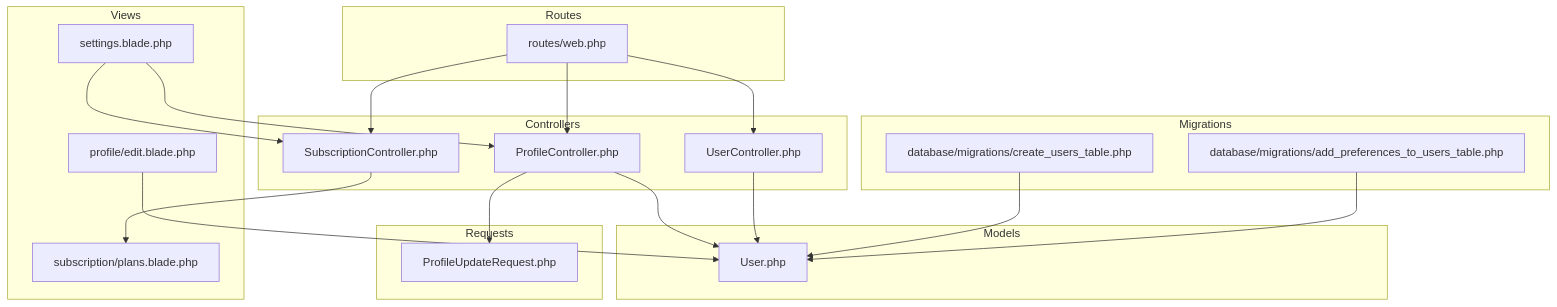
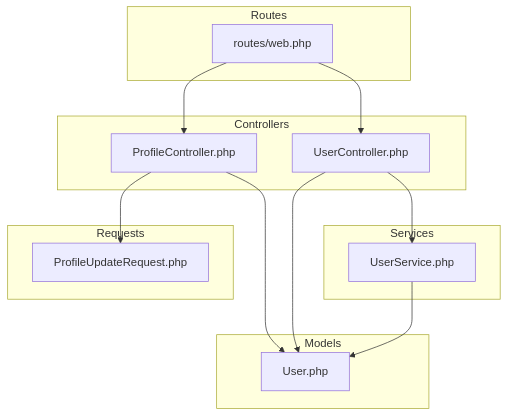
Before and after one commit to VenokM05/Travel_Project: the first of 6 diagrams in .qoder/repowiki/en/content/User Management.md, drawn with Mermaid. The commit also changed other lines of this file and 12 other files, not shown here.

````diff
--- a/.qoder/repowiki/en/content/User Management.md
+++ b/.qoder/repowiki/en/content/User Management.md
@@ -45,38 +40,26 @@
 ```mermaid
 graph TB
 subgraph "Controllers"
 PC["ProfileController.php"]
 UC["UserController.php"]
-SC["SubscriptionController.php"]
+end
+subgraph "Services"
+US["UserService.php"]
+end
+subgraph "Requests"
+PUR["ProfileUpdateRequest.php"]
 end
 subgraph "Models"
 U["User.php"]
 end
-subgraph "Requests"
-PUR["ProfileUpdateRequest.php"]
-end
-subgraph "Views"
-SE["settings.blade.php"]
-PE["profile/edit.blade.php"]
-PL["subscription/plans.blade.php"]
-end
 subgraph "Routes"
 WR["routes/web.php"]
 end
-subgraph "Migrations"
-CUT["database/migrations/create_users_table.php"]
-AP["database/migrations/add_preferences_to_users_table.php"]
-end
 PC --> PUR
 PC --> U
+UC --> US
 UC --> U
-SC --> PL
-SE --> PC
-SE --> SC
-PE --> U
+US --> U
 WR --> PC
 WR --> UC
-WR --> SC
-CUT --> U
-AP --> U
 ```
````
